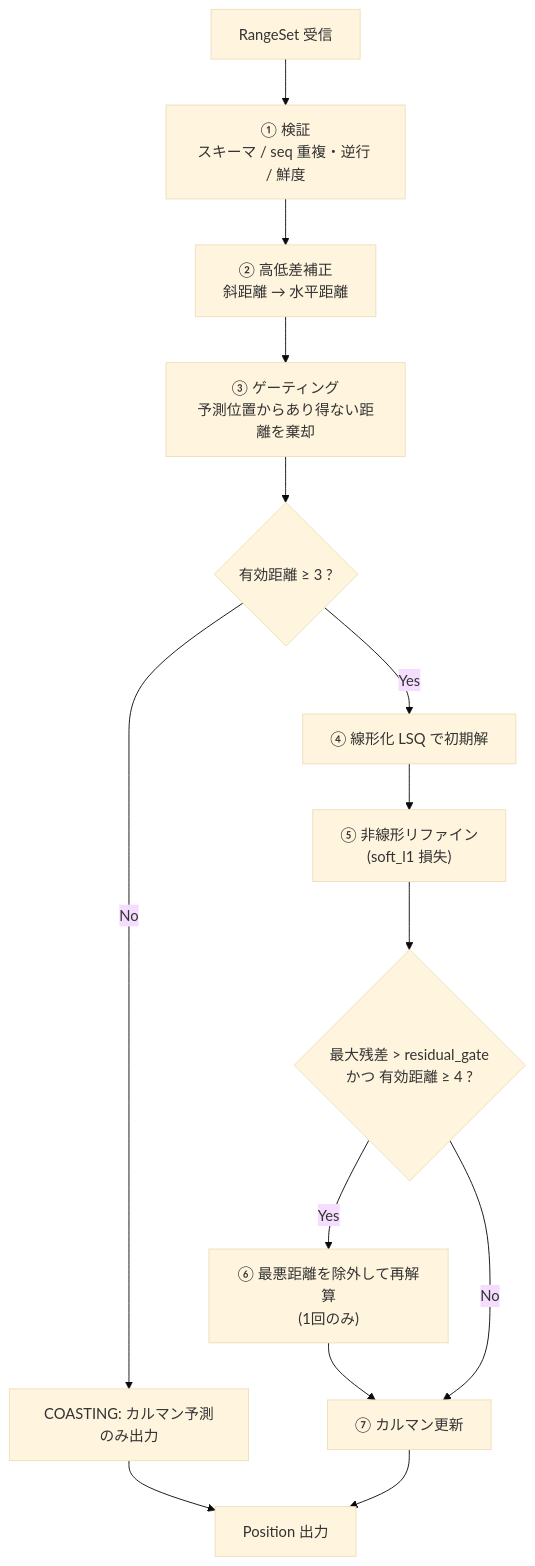
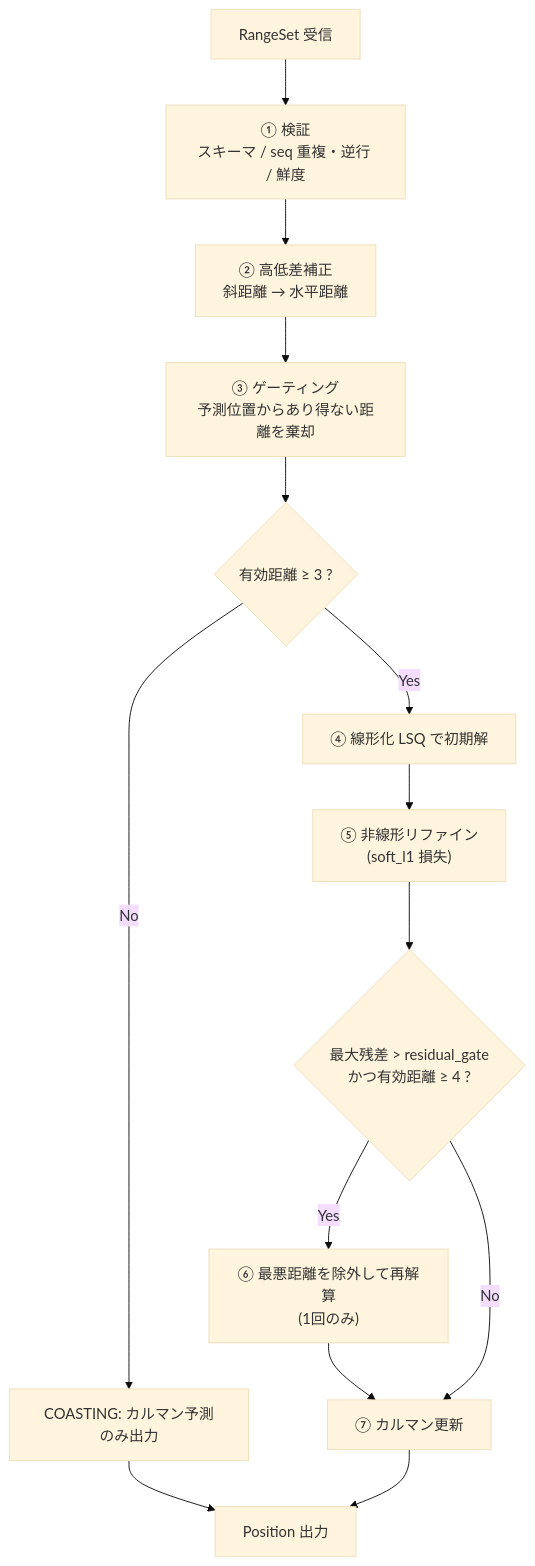
The second of 4 diagrams in docs/server-design.md (atinfinity/m5stamp_uwb_rtls), drawn with Mermaid (base theme) before and after one commit. The commit also changed other lines of this file and 9 other files, not shown here.

````diff
--- a/docs/server-design.md
+++ b/docs/server-design.md
@@ -119,16 +119,16 @@
 ```mermaid
 flowchart TB
     IN["RangeSet 受信"] --> V["① 検証<br/>スキーマ / seq 重複・逆行 / 鮮度"]
     V --> H["② 高低差補正<br/>斜距離 → 水平距離"]
     H --> G["③ ゲーティング<br/>予測位置からあり得ない距離を棄却"]
     G --> N{"有効距離 ≥ 3 ?"}
     N -- "No" --> CO["COASTING: カルマン予測のみ出力"]
     N -- "Yes" --> LSQ["④ 線形化 LSQ で初期解"]
     LSQ --> REF["⑤ 非線形リファイン<br/>(soft_l1 損失)"]
-    REF --> R{"最大残差 > residual_gate<br/>かつ 有効距離 ≥ 4 ?"}
+    REF --> R{"最大残差 > residual_gate<br/>かつ有効距離 ≥ 4 ?"}
     R -- "Yes" --> LOO["⑥ 最悪距離を除外して再解算<br/>(1回のみ)"]
     LOO --> KF
     R -- "No" --> KF["⑦ カルマン更新"]
     CO --> OUT
     KF --> OUT["Position 出力"]
 ```
````
